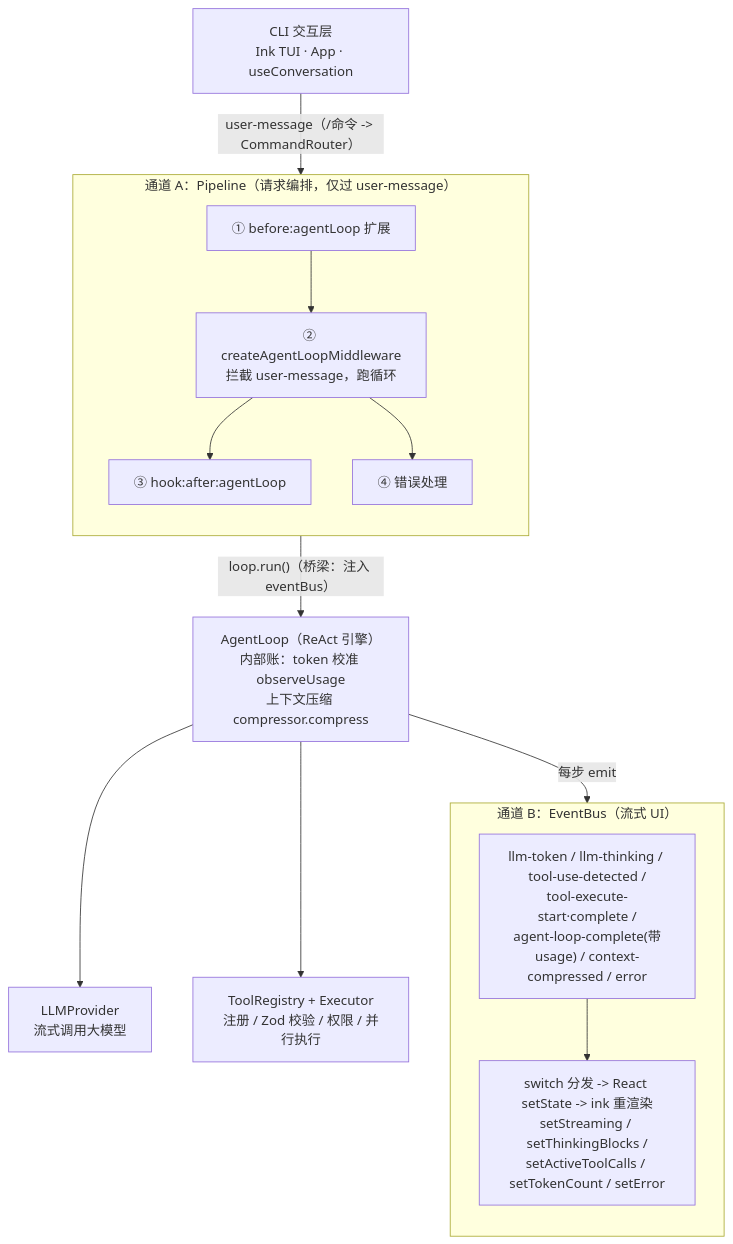
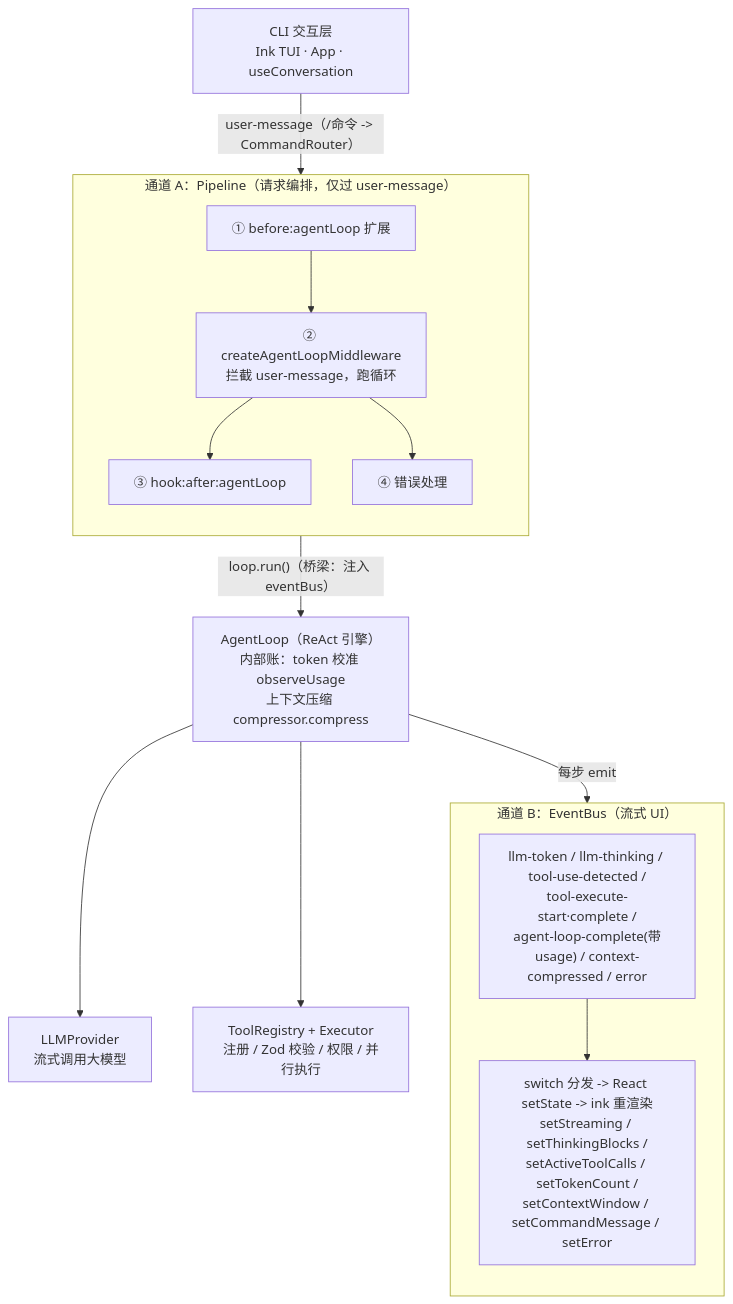
The first of 2 diagrams in docs/guide/user-guide.md (huajunlee/licode), drawn with Mermaid before and after one commit.

Commit message:
docs(guide): 高层架构图 UI 节点补 setContextWindow/setCommandMessage

````diff
--- a/docs/guide/user-guide.md
+++ b/docs/guide/user-guide.md
@@ -287,24 +287,24 @@
 ```mermaid
 flowchart TD
     CLI["CLI 交互层<br/>Ink TUI · App · useConversation"]
     CLI -->|"user-message（/命令 -> CommandRouter）"| M1
 
     subgraph Pipeline ["通道 A：Pipeline（请求编排，仅过 user-message）"]
         direction TB
         M1["① before:agentLoop 扩展"] --> M2["② createAgentLoopMiddleware<br/>拦截 user-message，跑循环"]
         M2 --> M3["③ hook:after:agentLoop"]
         M2 --> M4["④ 错误处理"]
     end
 
     M2 -->|"loop.run()（桥梁：注入 eventBus）"| AL["AgentLoop（ReAct 引擎）<br/>内部账：token 校准 observeUsage<br/>上下文压缩 compressor.compress"]
     AL -->|"每步 emit"| EB
 
     subgraph EventBus ["通道 B：EventBus（流式 UI）"]
         direction TB
         EB["llm-token / llm-thinking / tool-use-detected /<br/>tool-execute-start·complete /<br/>agent-loop-complete(带usage) / context-compressed / error"]
-        EB --> UI["switch 分发 -> React setState -> ink 重渲染<br/>setStreaming / setThinkingBlocks /<br/>setActiveToolCalls / setTokenCount / setError"]
+        EB --> UI["switch 分发 -> React setState -> ink 重渲染<br/>setStreaming / setThinkingBlocks /<br/>setActiveToolCalls / setTokenCount /<br/>setContextWindow / setCommandMessage / setError"]
     end
 
     AL --> LLM["LLMProvider<br/>流式调用大模型"]
     AL --> TR["ToolRegistry + Executor<br/>注册 / Zod 校验 / 权限 / 并行执行"]
 ```
````
